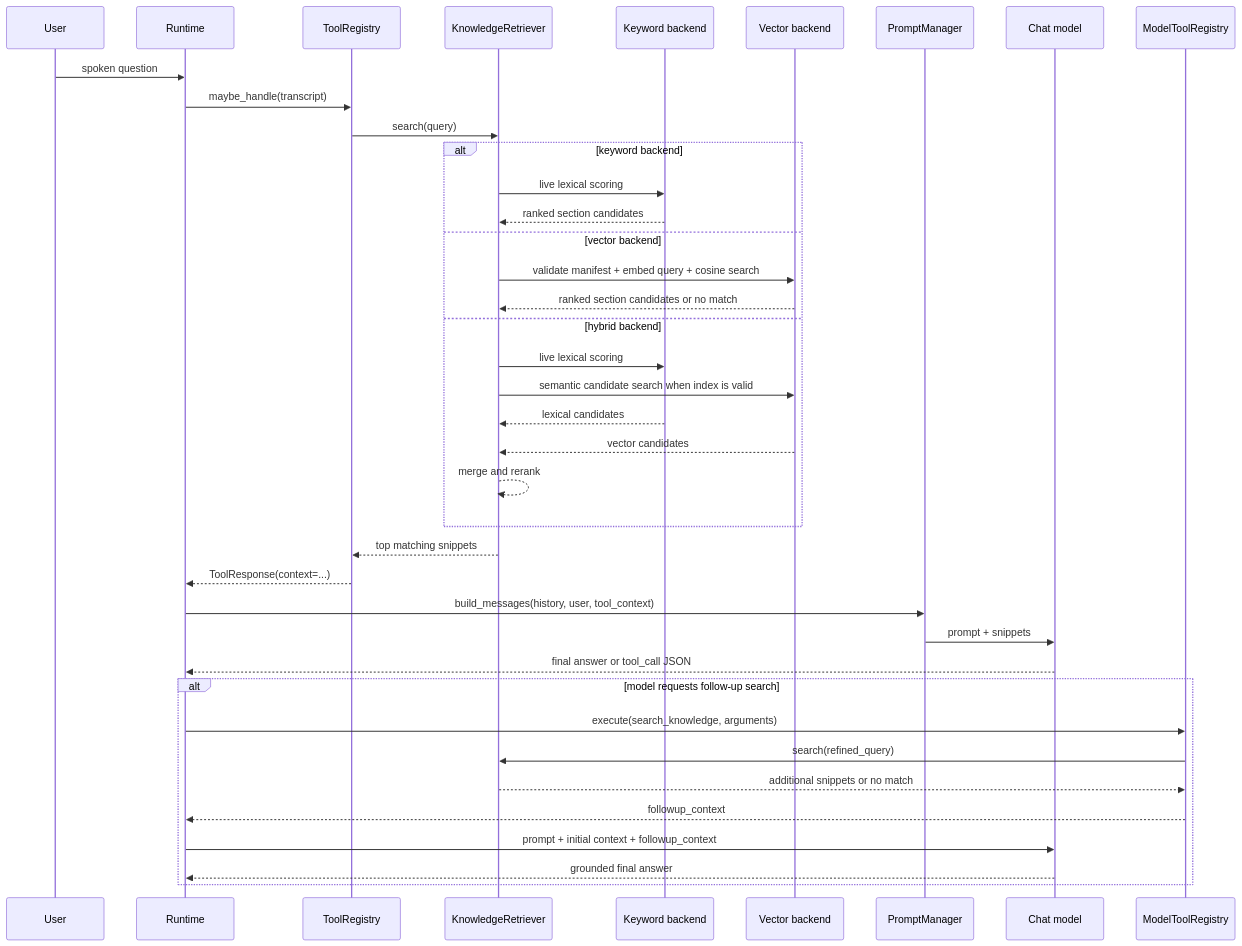
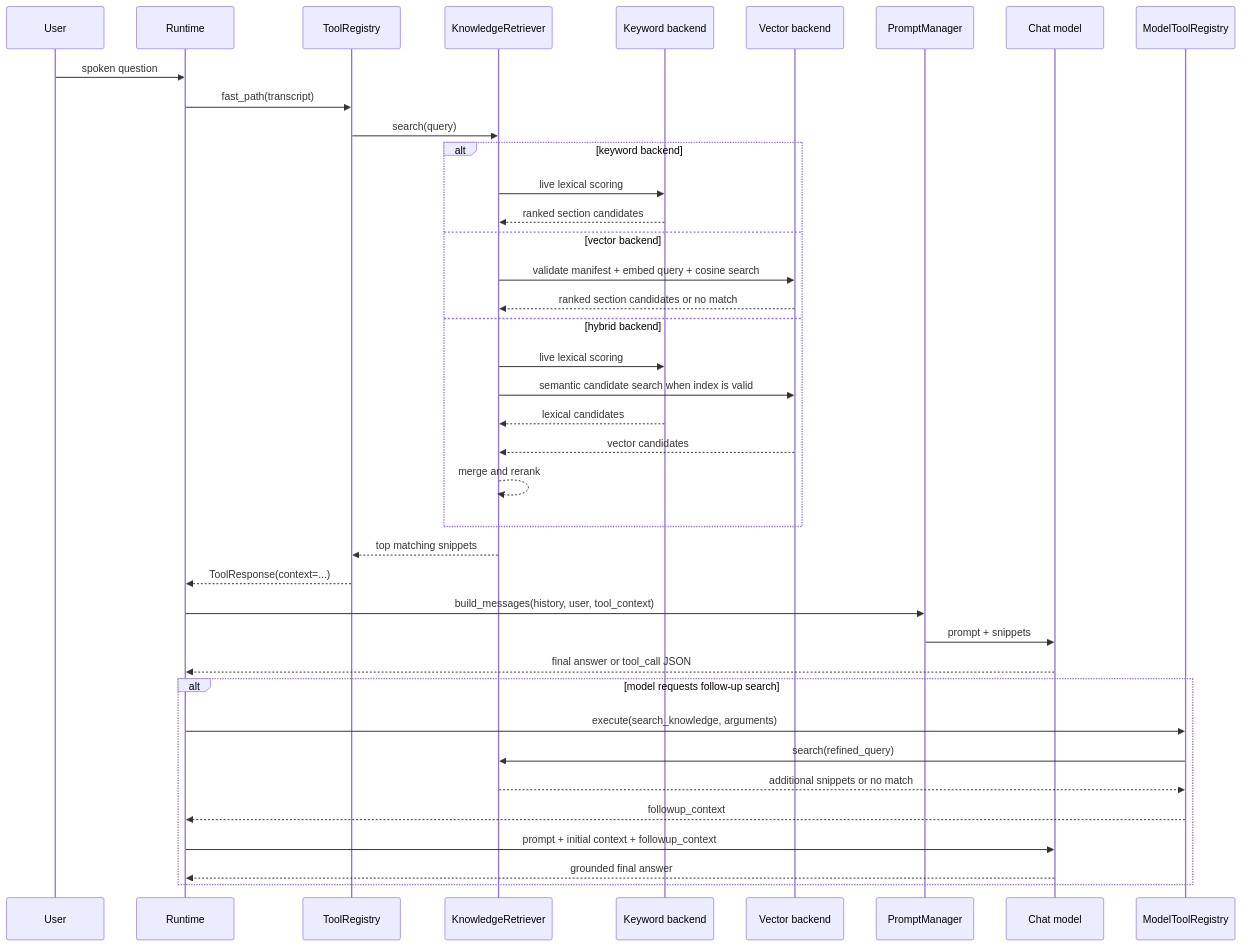
One commit to robert-mcdermott/arietta-voice changed the fifth of 5 diagrams in docs/architecture.md. Above: the diagram before and after it, drawn with Mermaid. The commit also changed other lines of this file and 11 other files, not shown here.

````diff
--- a/docs/architecture.md
+++ b/docs/architecture.md
@@ -340,42 +322,42 @@
 ```mermaid
 sequenceDiagram
     participant User
     participant Runtime
     participant Tools as ToolRegistry
     participant KB as KnowledgeRetriever
     participant KW as Keyword backend
     participant VEC as Vector backend
     participant Prompt as PromptManager
     participant Chat as Chat model
     participant MTools as ModelToolRegistry
 
     User->>Runtime: spoken question
-    Runtime->>Tools: maybe_handle(transcript)
+    Runtime->>Tools: fast_path(transcript)
     Tools->>KB: search(query)
     alt keyword backend
         KB->>KW: live lexical scoring
         KW-->>KB: ranked section candidates
     else vector backend
         KB->>VEC: validate manifest + embed query + cosine search
         VEC-->>KB: ranked section candidates or no match
     else hybrid backend
         KB->>KW: live lexical scoring
         KB->>VEC: semantic candidate search when index is valid
         KW-->>KB: lexical candidates
         VEC-->>KB: vector candidates
         KB-->>KB: merge and rerank
     end
     KB-->>Tools: top matching snippets
     Tools-->>Runtime: ToolResponse(context=...)
     Runtime->>Prompt: build_messages(history, user, tool_context)
     Prompt->>Chat: prompt + snippets
     Chat-->>Runtime: final answer or tool_call JSON
     alt model requests follow-up search
         Runtime->>MTools: execute(search_knowledge, arguments)
         MTools->>KB: search(refined_query)
         KB-->>MTools: additional snippets or no match
         MTools-->>Runtime: followup_context
         Runtime->>Chat: prompt + initial context + followup_context
         Chat-->>Runtime: grounded final answer
     end
 ```
````
